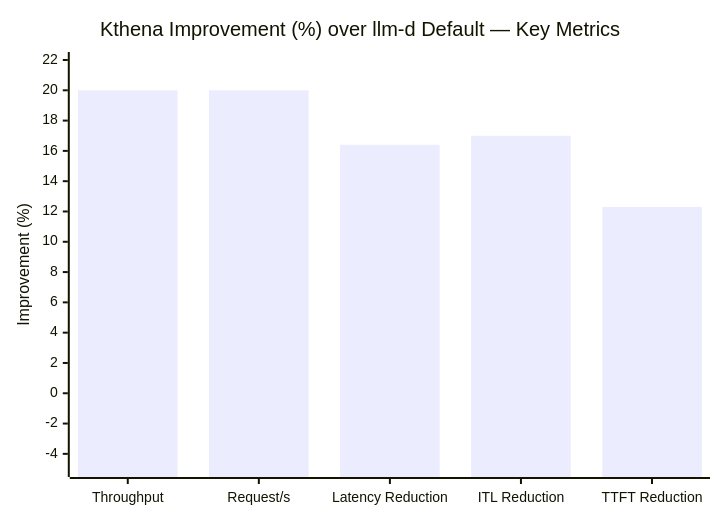
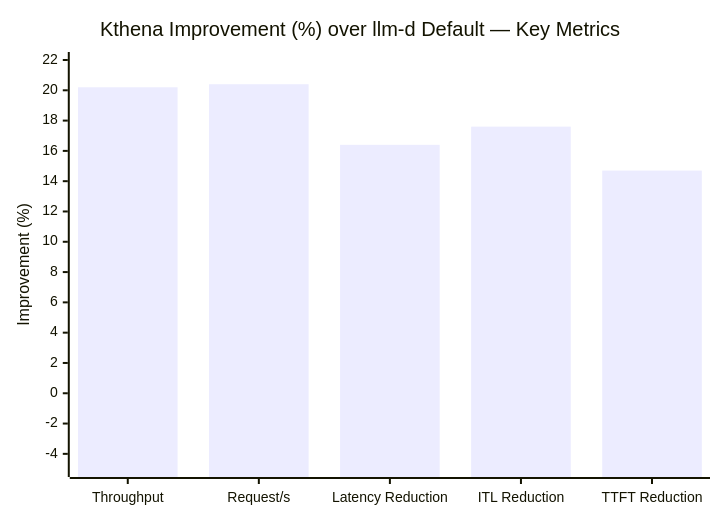
The sixth of 6 diagrams in benchmark-report.md (YaoZengzeng/kthena), drawn with Mermaid before and after one commit. The commit also changed other lines of this file, not shown here.

````diff
--- a/benchmark-report.md
+++ b/benchmark-report.md
@@ -125,7 +127,7 @@
 ```mermaid
 xychart-beta
     title "Kthena Improvement (%) over llm-d Default — Key Metrics"
     x-axis ["Throughput", "Request/s", "Latency Reduction", "ITL Reduction", "TTFT Reduction"]
     y-axis "Improvement (%)" -5 --> 22
-    bar [20.0, 20.0, 16.4, 17.0, 12.3]
+    bar [20.2, 20.4, 16.4, 17.6, 14.7]
 ```
````
